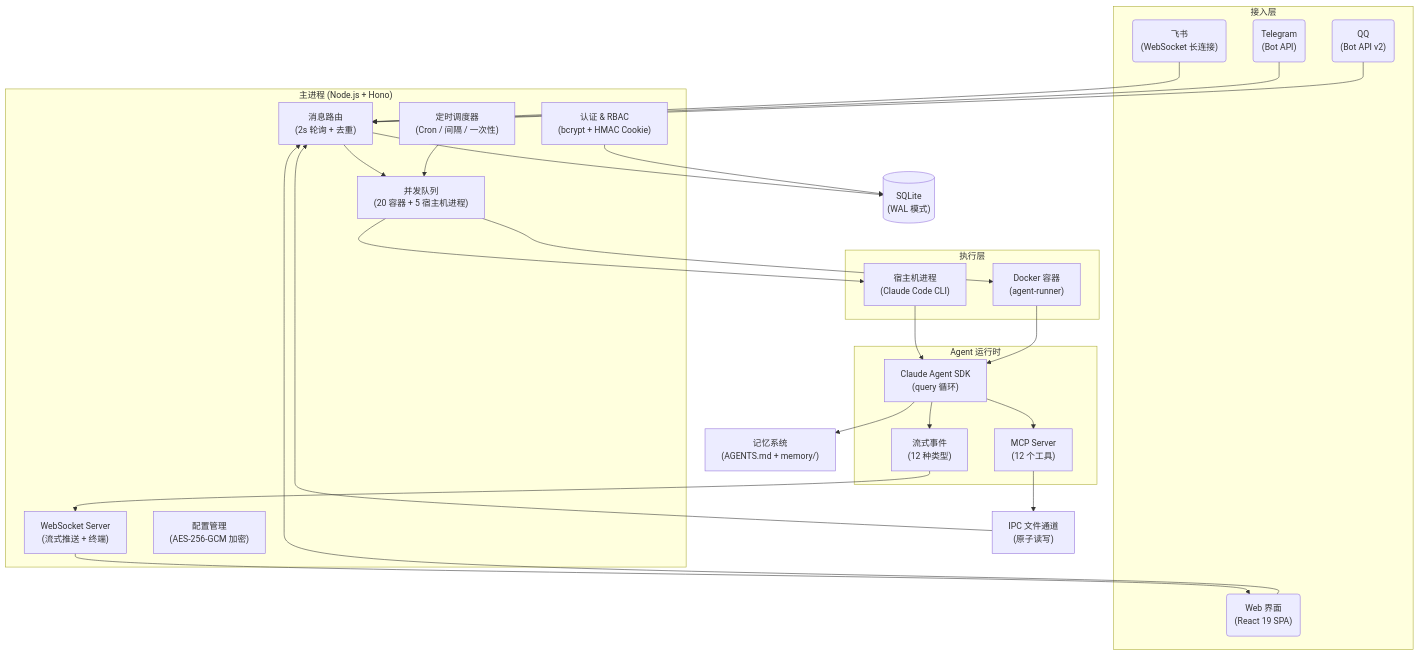
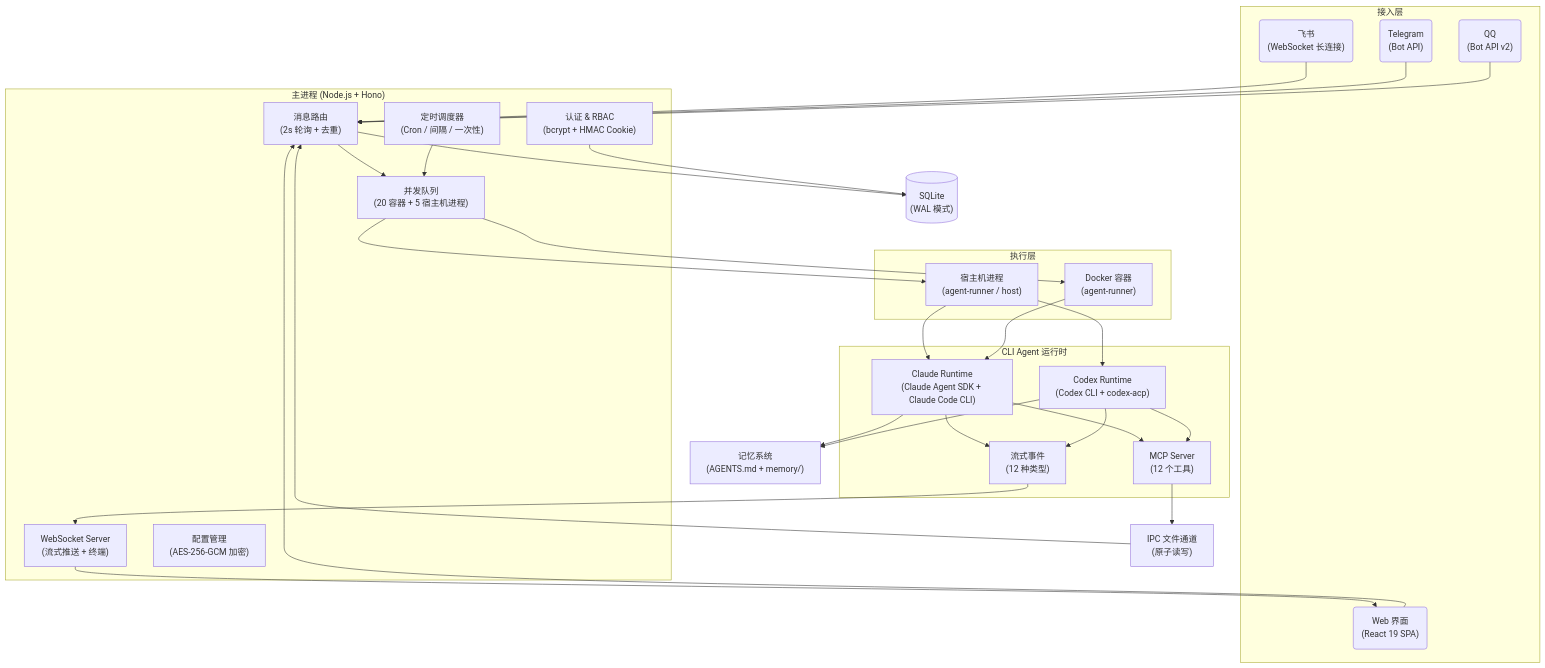
Before and after one commit to RyanProMax/cli-claw: the diagram in README.md, drawn with Mermaid. The commit also changed other lines of this file and 13 other files, not shown here.

````diff
--- a/README.md
+++ b/README.md
@@ -353,66 +371,71 @@
 ```mermaid
 flowchart TD
     subgraph 接入层
         Feishu("飞书<br/>(WebSocket 长连接)")
         Telegram("Telegram<br/>(Bot API)")
         QQ("QQ<br/>(Bot API v2)")
         Web("Web 界面<br/>(React 19 SPA)")
     end
 
     subgraph 主进程["主进程 (Node.js + Hono)"]
         Router["消息路由<br/>(2s 轮询 + 去重)"]
         Queue["并发队列<br/>(20 容器 + 5 宿主机进程)"]
         Scheduler["定时调度器<br/>(Cron / 间隔 / 一次性)"]
         WS["WebSocket Server<br/>(流式推送 + 终端)"]
         Auth["认证 & RBAC<br/>(bcrypt + HMAC Cookie)"]
         Config["配置管理<br/>(AES-256-GCM 加密)"]
     end
 
     subgraph 执行层
-        Host["宿主机进程<br/>(Claude Code CLI)"]
+        Host["宿主机进程<br/>(agent-runner / host)"]
         Container["Docker 容器<br/>(agent-runner)"]
     end
 
-    subgraph Agent["Agent 运行时"]
-        SDK["Claude Agent SDK<br/>(query 循环)"]
+    subgraph Agent["CLI Agent 运行时"]
+        Claude["Claude Runtime<br/>(Claude Agent SDK + Claude Code CLI)"]
+        Codex["Codex Runtime<br/>(Codex CLI + codex-acp)"]
         MCP["MCP Server<br/>(12 个工具)"]
         Stream["流式事件<br/>(12 种类型)"]
     end
 
     DB[("SQLite<br/>(WAL 模式)")]
     IPC["IPC 文件通道<br/>(原子读写)"]
     Memory["记忆系统<br/>(AGENTS.md + memory/)"]
 
     Feishu --> Router
     Telegram --> Router
     QQ --> Router
     Web --> Router
 
     Router --> Queue
     Queue --> Host
     Queue --> Container
     Scheduler --> Queue
 
-    Host --> SDK
-    Container --> SDK
-    SDK --> MCP
-    SDK --> Stream
+    Host --> Claude
+    Host --> Codex
+    Container --> Claude
+    Claude --> MCP
+    Claude --> Stream
+    Codex --> MCP
+    Codex --> Stream
 
     MCP --> IPC
     IPC --> Router
 
     Stream --> WS
     WS --> Web
 
     Router --> DB
     Auth --> DB
-    SDK --> Memory
+    Claude --> Memory
+    Codex --> Memory
 
     class Feishu,Telegram,QQ,Web fe
     class Router,Queue,Scheduler,WS,Auth,Config svc
     class DB db
     class Host,Container faas
-    class SDK,MCP,Stream faas
+    class Claude,Codex,MCP,Stream faas
     class IPC cfg
     class Memory cfg
 ```
````
